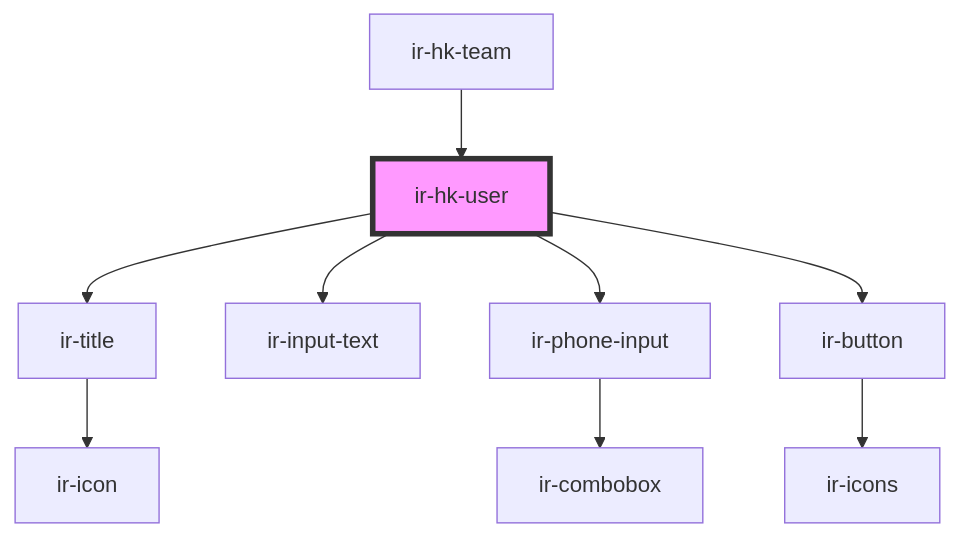
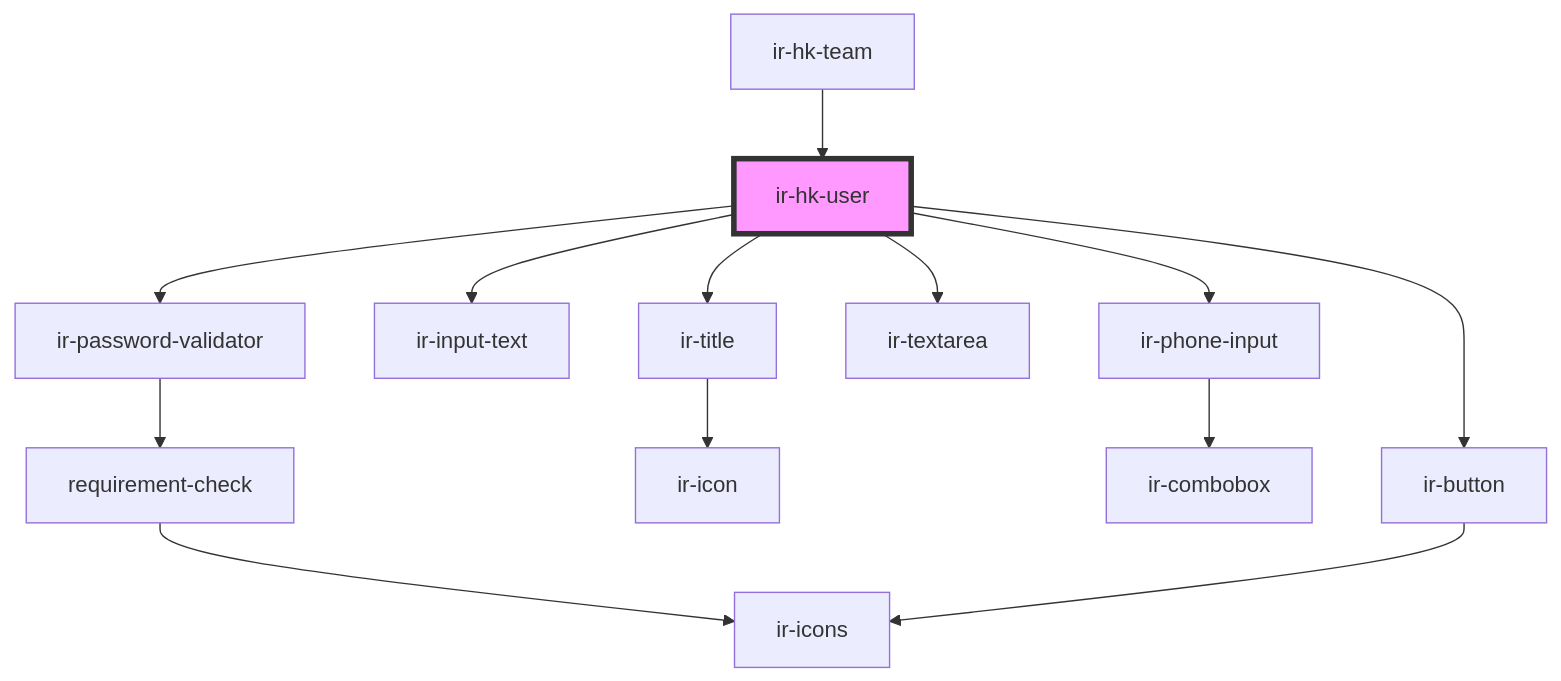
Before and after one commit to RonyRizk/ir-webcmp: the diagram in src/components/ir-housekeeping/ir-hk-user/readme.md, drawn with Mermaid. The commit also changed other lines of this file and 293 other files, not shown here.

````diff
--- a/src/components/ir-housekeeping/ir-hk-user/readme.md
+++ b/src/components/ir-housekeeping/ir-hk-user/readme.md
@@ -38,12 +40,16 @@
 ```mermaid
 graph TD;
   ir-hk-user --> ir-title
   ir-hk-user --> ir-input-text
   ir-hk-user --> ir-phone-input
+  ir-hk-user --> ir-textarea
+  ir-hk-user --> ir-password-validator
   ir-hk-user --> ir-button
   ir-title --> ir-icon
   ir-phone-input --> ir-combobox
+  ir-password-validator --> requirement-check
+  requirement-check --> ir-icons
   ir-button --> ir-icons
   ir-hk-team --> ir-hk-user
   style ir-hk-user fill:#f9f,stroke:#333,stroke-width:4px
 ```
````
